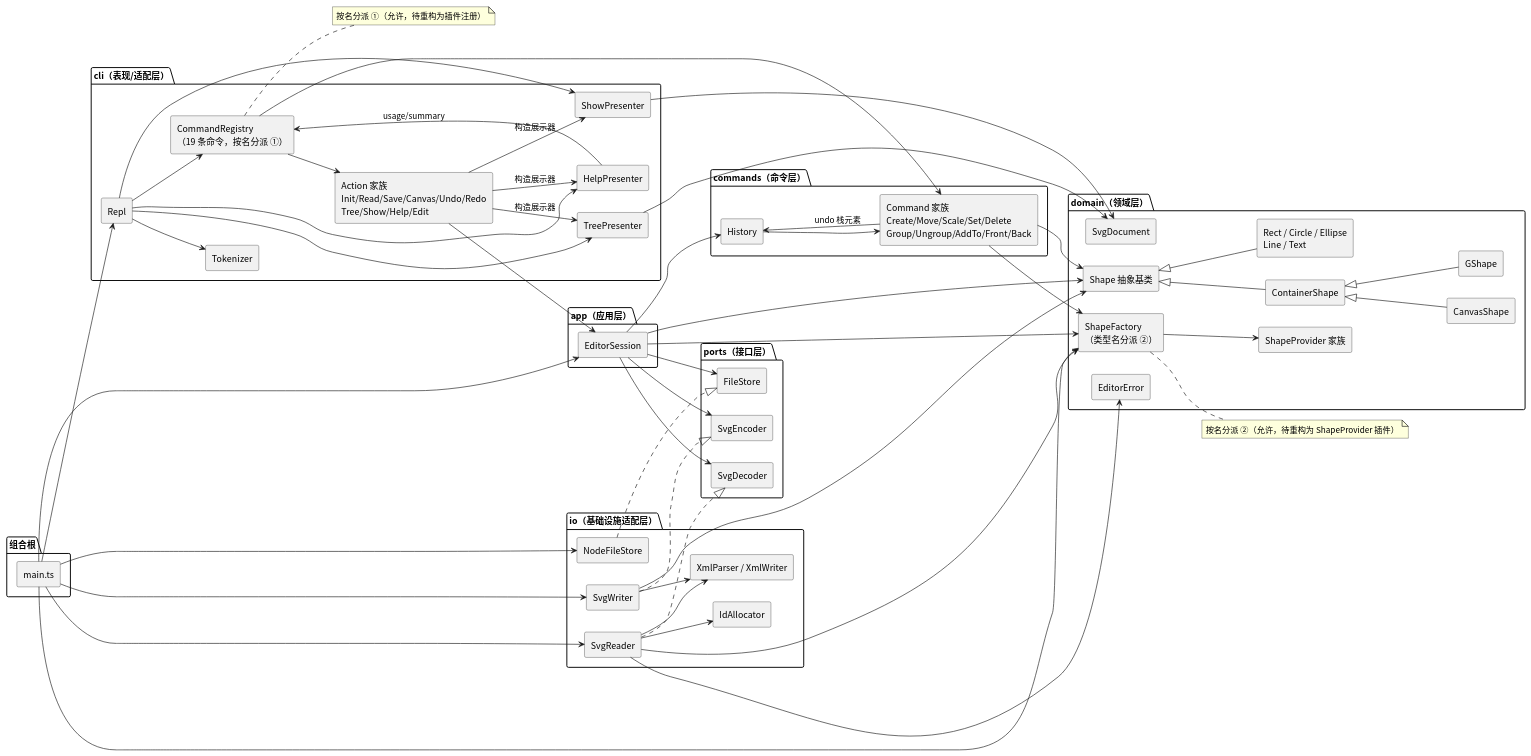
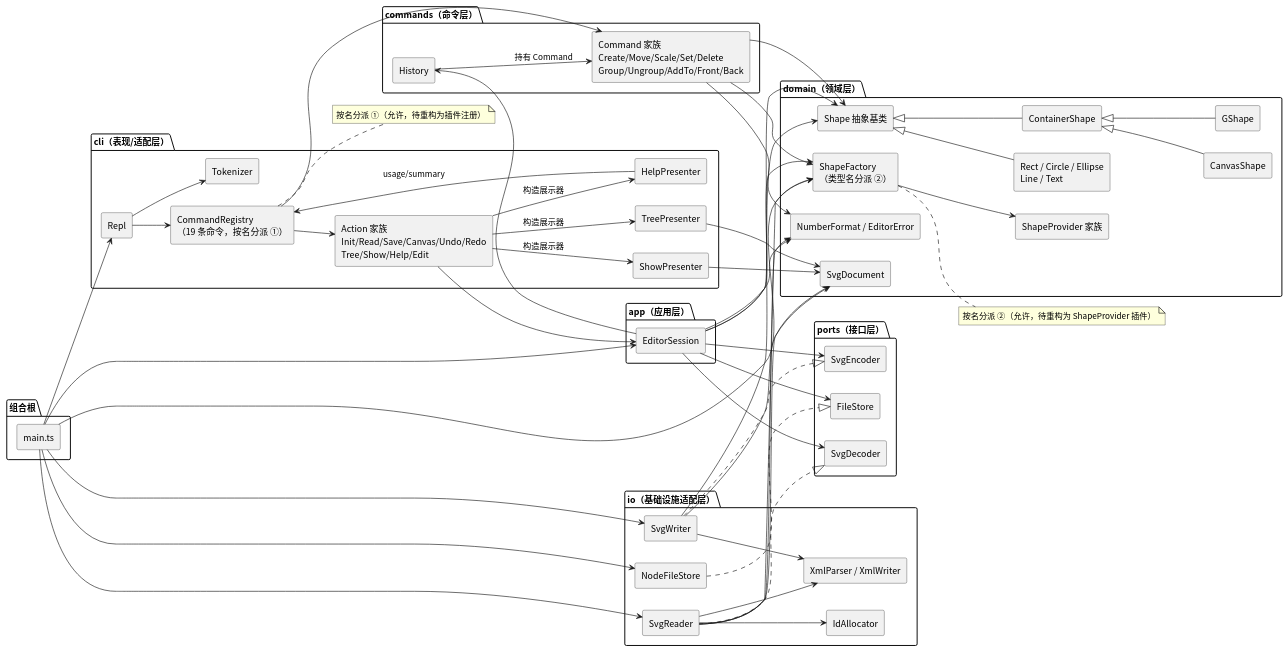
One commit to SummerBirdLin/PJ_SVG_Editor changed the diagram in doc/diagrams/architecture.puml. Above: the diagram before and after it, drawn with PlantUML. The commit also changed 3 other files, not shown here.

First line of the commit message:
docs: §2.4 第二轮评审记录、附录 A/B 同步实现、组件图修正

```diff
--- a/doc/diagrams/architecture.puml
+++ b/doc/diagrams/architecture.puml
@@ -1,113 +1,112 @@
 @startuml svg-editor-architecture
 skinparam componentStyle rectangle
 skinparam shadowing false
 skinparam defaultFontName "Noto Sans CJK SC"
 left to right direction
 
 package "cli（表现/适配层）" {
   [Repl] as Repl
   [Tokenizer] as Tokenizer
   [CommandRegistry\n（19 条命令，按名分派 ①）] as CmdReg
   [Action 家族\nInit/Read/Save/Canvas/Undo/Redo\nTree/Show/Help/Edit] as Actions
   [TreePresenter] as TreePresenter
   [ShowPresenter] as ShowPresenter
   [HelpPresenter] as HelpPresenter
 }
 
 package "app（应用层）" {
   [EditorSession] as Session
 }
 
 package "commands（命令层）" {
   [History] as History
   [Command 家族\nCreate/Move/Scale/Set/Delete\nGroup/Ungroup/AddTo/Front/Back] as CmdFamily
 }
 
 package "domain（领域层）" {
   [SvgDocument] as Doc
   [Shape 抽象基类] as Shape
   [ContainerShape] as Container
   [CanvasShape] as Canvas
   [GShape] as G
   [Rect / Circle / Ellipse\nLine / Text] as Leaves
   [ShapeFactory\n（类型名分派 ②）] as Factory
   [ShapeProvider 家族] as Providers
-  [EditorError] as Err
+  [NumberFormat / EditorError] as Utils
 }
 
 package "ports（接口层）" {
   [FileStore] as FileStore
   [SvgDecoder] as Decoder
   [SvgEncoder] as Encoder
 }
 
 package "io（基础设施适配层）" {
   [NodeFileStore] as NodeFS
   [SvgReader] as Reader
   [SvgWriter] as Writer
   [XmlParser / XmlWriter] as Xml
   [IdAllocator] as Ids
 }
 
 package "组合根" {
   [main.ts] as Main
 }
 
 Repl --> Tokenizer
 Repl --> CmdReg
-Repl --> TreePresenter
-Repl --> ShowPresenter
-Repl --> HelpPresenter
 CmdReg --> CmdFamily
 CmdReg --> Actions
 Actions --> Session
 Actions --> TreePresenter : 构造展示器
 Actions --> ShowPresenter : 构造展示器
 Actions --> HelpPresenter : 构造展示器
 TreePresenter --> Doc
 ShowPresenter --> Doc
 HelpPresenter --> CmdReg : usage/summary
 
 Session --> History
 Session --> Factory
 Session --> Shape
+Session --> Utils
 Session --> FileStore
 Session --> Decoder
 Session --> Encoder
 
 CmdFamily --> Shape
 CmdFamily --> Factory
-CmdFamily --> History : undo 栈元素
-
-History --> CmdFamily
+CmdFamily --> Utils
+History --> CmdFamily : 持有 Command
 
 Reader ..|> Decoder
 Writer ..|> Encoder
 NodeFS ..|> FileStore
 Reader --> Xml
 Writer --> Xml
 Reader --> Ids
 Reader --> Factory
+Reader --> Doc
+Reader --> Utils
 Writer --> Shape
-Reader --> Err
+Writer --> Doc
 
 Container <|-- Canvas
 Container <|-- G
 Shape <|-- Container
 Shape <|-- Leaves
 Factory --> Providers
 
 Main --> Repl
 Main --> Session
 Main --> NodeFS
 Main --> Reader
 Main --> Writer
 Main --> Factory
 
 note right of CmdReg
   按名分派 ①（允许，待重构为插件注册）
 end note
 note right of Factory
   按名分派 ②（允许，待重构为 ShapeProvider 插件）
 end note
 @enduml
```
